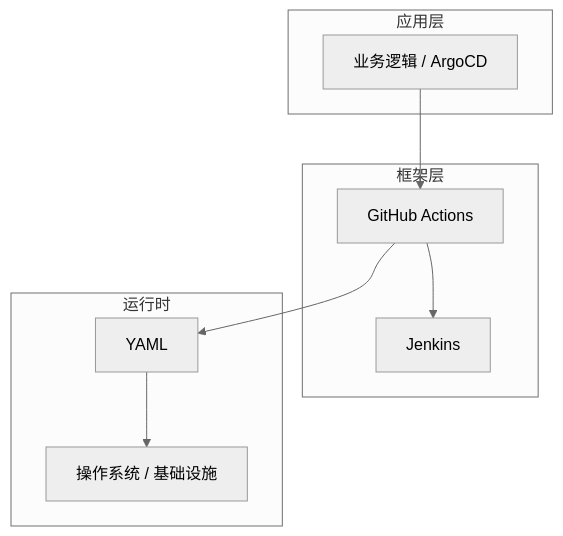
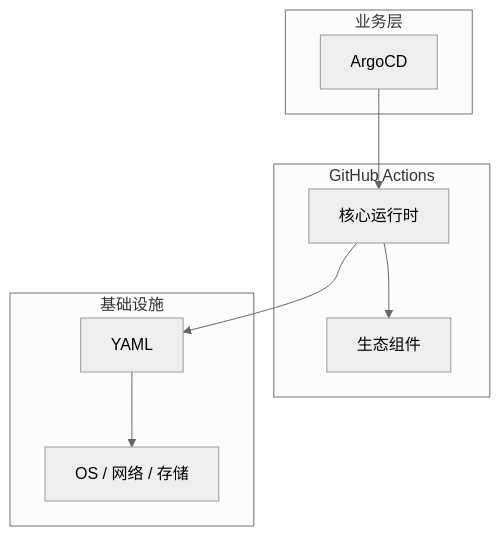
Before and after one commit to yanggan2015/knowledge-json-v2: the diagram in articles/CI与CD/chapters/046-ArgoCD核心概念与原理.md, drawn with Mermaid (neutral theme). The commit also changed other lines of this file and 10127 other files, not shown here.

````diff
--- a/articles/CI与CD/chapters/046-ArgoCD核心概念与原理.md
+++ b/articles/CI与CD/chapters/046-ArgoCD核心概念与原理.md
@@ -45,18 +34,18 @@
 ```mermaid
 graph TB
-    subgraph 应用层
-        A[业务逻辑 / ArgoCD]
+    subgraph 业务层
+        A[ArgoCD]
     end
-    subgraph 框架层
-        B[GitHub Actions]
-        C[Jenkins]
+    subgraph GitHub Actions
+        B[核心运行时]
+        C[生态组件]
     end
-    subgraph 运行时
+    subgraph 基础设施
         D[YAML]
-        E[操作系统 / 基础设施]
+        E[OS / 网络 / 存储]
     end
     A --> B
     B --> C
     B --> D
     D --> E
 ```
````
